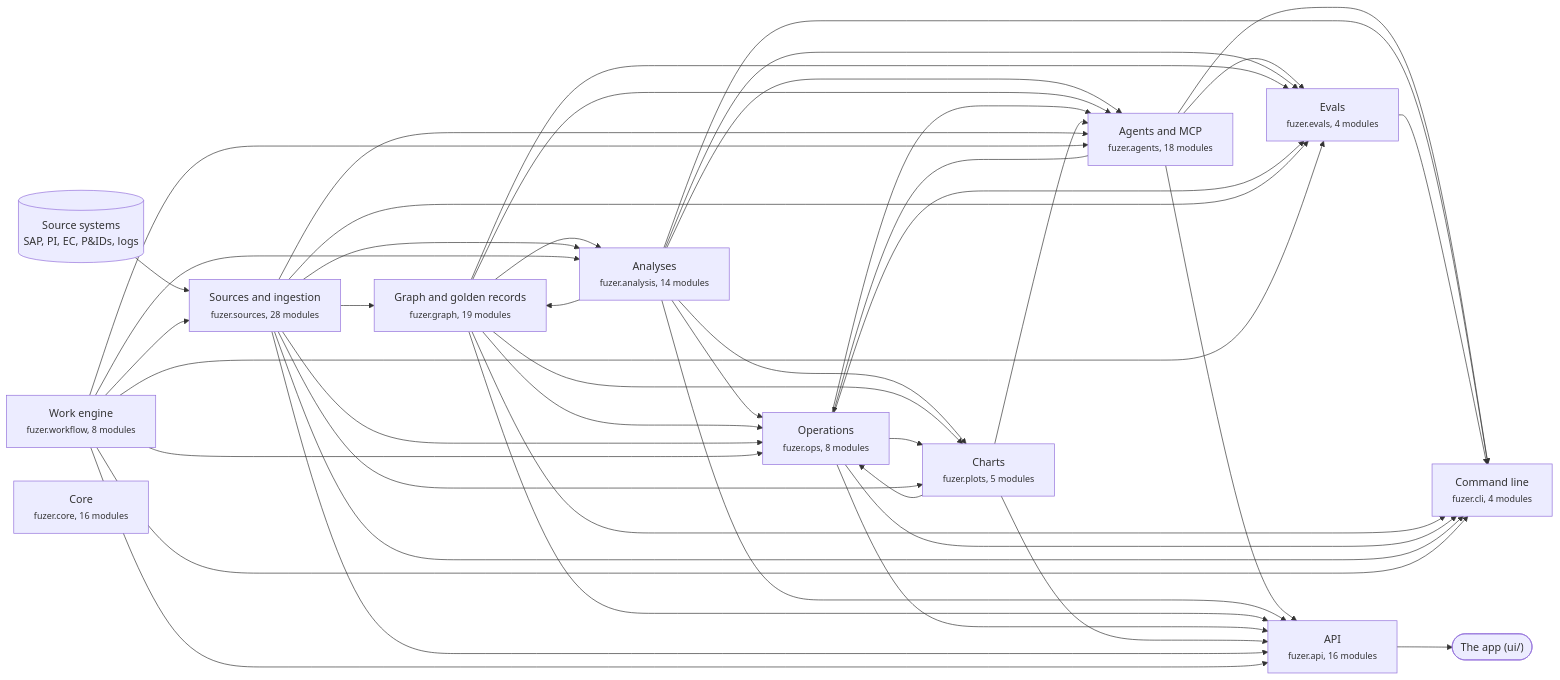
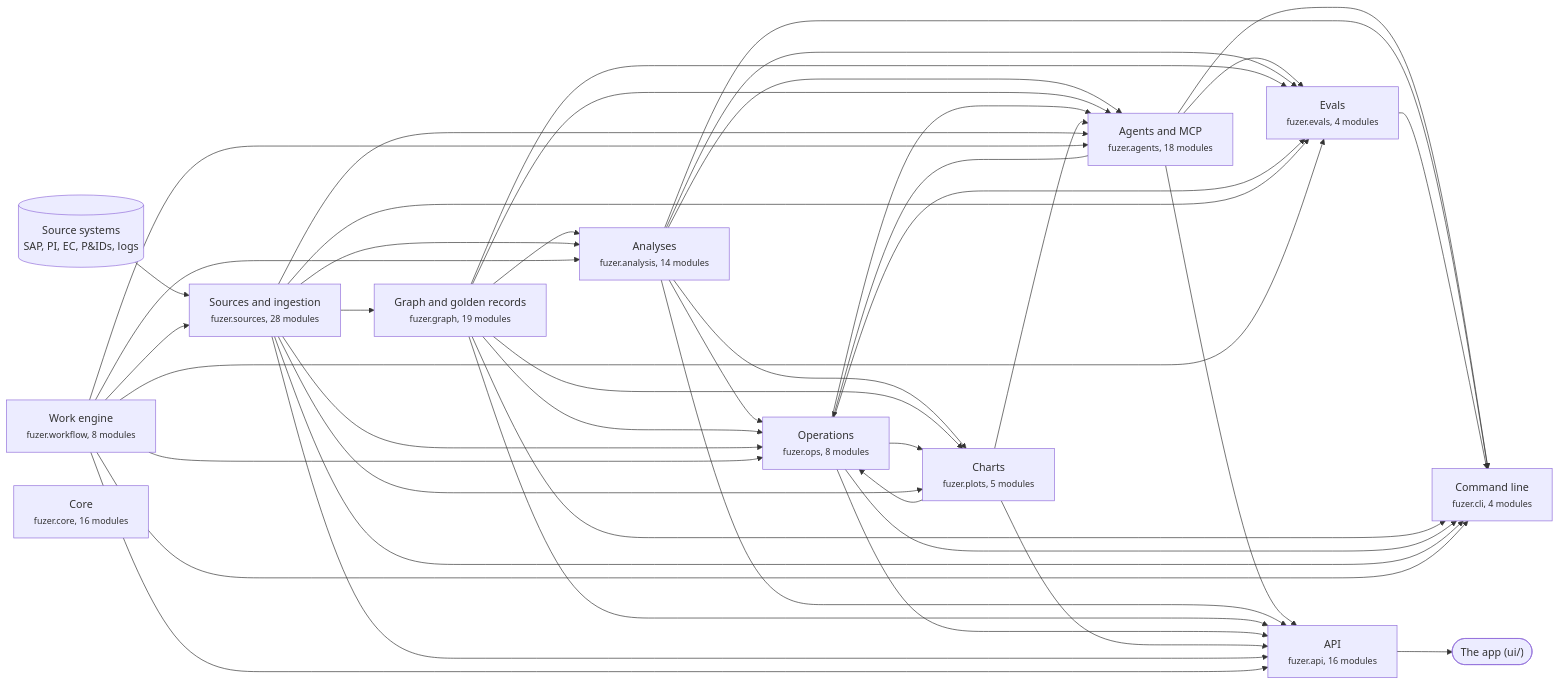
The first of 3 diagrams in docs/architecture.md (areed145/fuzer), drawn with Mermaid before and after one commit. The commit also changed other lines of this file and 2 other files, not shown here.

````diff
--- a/docs/architecture.md
+++ b/docs/architecture.md
@@ -8,70 +8,69 @@
 ```mermaid
 flowchart LR
   systems[("Source systems<br>SAP, PI, EC, P&IDs, logs")] --> c_sources
   app(["The app (ui/)"])
   c_api --> app
   c_sources["Sources and ingestion<br><small>fuzer.sources, 28 modules</small>"]
   c_graph["Graph and golden records<br><small>fuzer.graph, 19 modules</small>"]
   c_analysis["Analyses<br><small>fuzer.analysis, 14 modules</small>"]
   c_ops["Operations<br><small>fuzer.ops, 8 modules</small>"]
   c_plots["Charts<br><small>fuzer.plots, 5 modules</small>"]
   c_workflow["Work engine<br><small>fuzer.workflow, 8 modules</small>"]
   c_agents["Agents and MCP<br><small>fuzer.agents, 18 modules</small>"]
   c_evals["Evals<br><small>fuzer.evals, 4 modules</small>"]
   c_api["API<br><small>fuzer.api, 16 modules</small>"]
   c_cli["Command line<br><small>fuzer.cli, 4 modules</small>"]
   c_core["Core<br><small>fuzer.core, 16 modules</small>"]
   c_workflow --> c_sources
-  c_analysis --> c_graph
   c_sources --> c_graph
   c_graph --> c_analysis
   c_sources --> c_analysis
   c_workflow --> c_analysis
   c_agents --> c_ops
   c_analysis --> c_ops
   c_graph --> c_ops
   c_plots --> c_ops
   c_sources --> c_ops
   c_workflow --> c_ops
   c_analysis --> c_plots
   c_graph --> c_plots
   c_ops --> c_plots
   c_sources --> c_plots
   c_analysis --> c_agents
   c_graph --> c_agents
   c_ops --> c_agents
   c_plots --> c_agents
   c_sources --> c_agents
   c_workflow --> c_agents
   c_agents --> c_evals
   c_analysis --> c_evals
   c_graph --> c_evals
   c_ops --> c_evals
   c_sources --> c_evals
   c_workflow --> c_evals
   c_agents --> c_api
   c_analysis --> c_api
   c_graph --> c_api
   c_ops --> c_api
   c_plots --> c_api
   c_sources --> c_api
   c_workflow --> c_api
   c_agents --> c_cli
   c_analysis --> c_cli
   c_evals --> c_cli
   c_graph --> c_cli
   c_ops --> c_cli
   c_sources --> c_cli
   c_workflow --> c_cli
   click c_sources "https://github.com/areed145/fuzer/tree/main/src/fuzer/sources"
   click c_graph "https://github.com/areed145/fuzer/tree/main/src/fuzer/graph"
   click c_analysis "https://github.com/areed145/fuzer/tree/main/src/fuzer/analysis"
   click c_ops "https://github.com/areed145/fuzer/tree/main/src/fuzer/ops"
   click c_plots "https://github.com/areed145/fuzer/tree/main/src/fuzer/plots"
   click c_workflow "https://github.com/areed145/fuzer/tree/main/src/fuzer/workflow"
   click c_agents "https://github.com/areed145/fuzer/tree/main/src/fuzer/agents"
   click c_evals "https://github.com/areed145/fuzer/tree/main/src/fuzer/evals"
   click c_api "https://github.com/areed145/fuzer/tree/main/src/fuzer/api"
   click c_cli "https://github.com/areed145/fuzer/tree/main/src/fuzer/cli"
   click c_core "https://github.com/areed145/fuzer/tree/main/src/fuzer/core"
 ```
````
